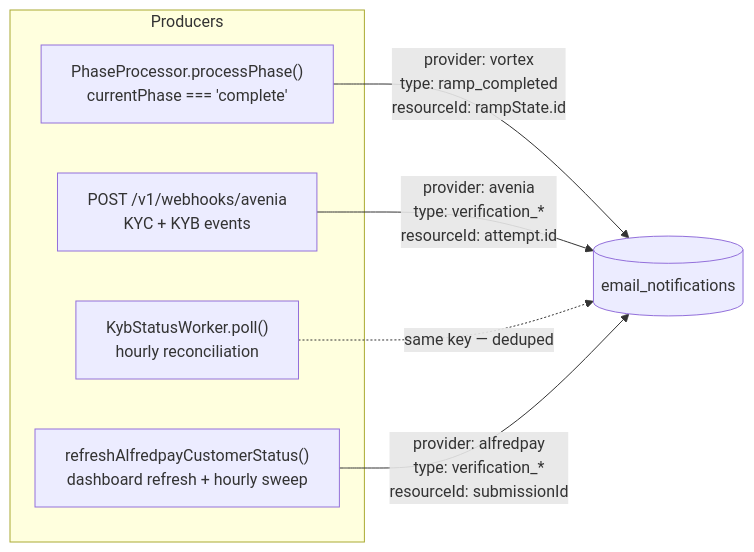
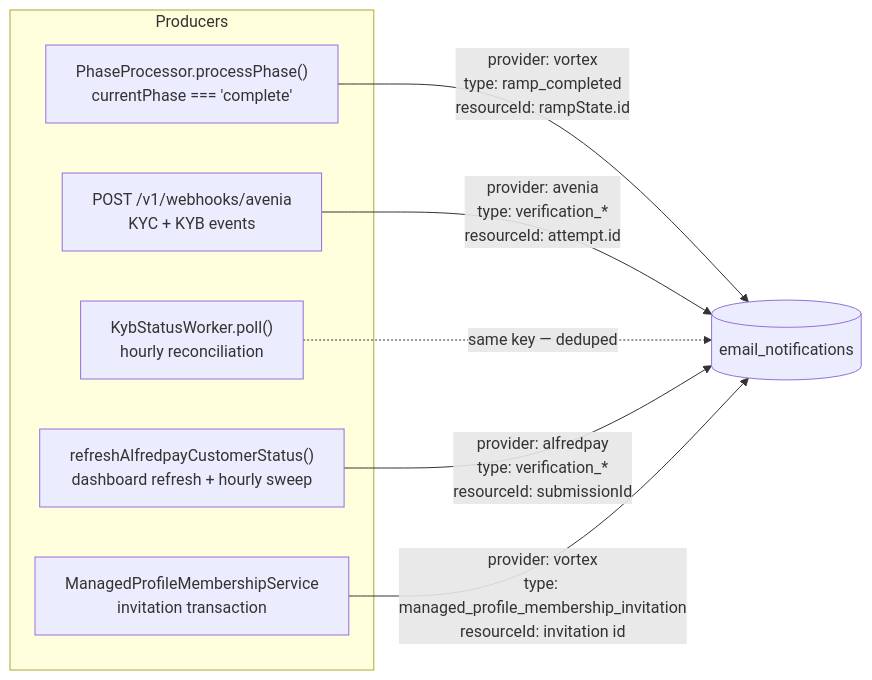
Before and after one commit to pendulum-chain/vortex: the fourth of 8 diagrams in docs/architecture-email-notifications.md, drawn with Mermaid. The commit also changed other lines of this file and 20 other files, not shown here.

Commit message:
docs(repo): define managed profile membership contract

````diff
--- a/docs/architecture-email-notifications.md
+++ b/docs/architecture-email-notifications.md
@@ -97,13 +97,15 @@
 ```mermaid
 flowchart LR
   subgraph producers["Producers"]
     P1["PhaseProcessor.processPhase()<br/>currentPhase === 'complete'"]
     P2["POST /v1/webhooks/avenia<br/>KYC + KYB events"]
     P3["KybStatusWorker.poll()<br/>hourly reconciliation"]
     P4["refreshAlfredpayCustomerStatus()<br/>dashboard refresh + hourly sweep"]
+    P5["ManagedProfileMembershipService<br/>invitation transaction"]
   end
   P1 -->|"provider: vortex<br/>type: ramp_completed<br/>resourceId: rampState.id"| Q[(email_notifications)]
   P2 -->|"provider: avenia<br/>type: verification_*<br/>resourceId: attempt.id"| Q
   P3 -.->|"same key — deduped"| Q
   P4 -->|"provider: alfredpay<br/>type: verification_*<br/>resourceId: submissionId"| Q
+  P5 -->|"provider: vortex<br/>type: managed_profile_membership_invitation<br/>resourceId: invitation id"| Q
 ```
````
